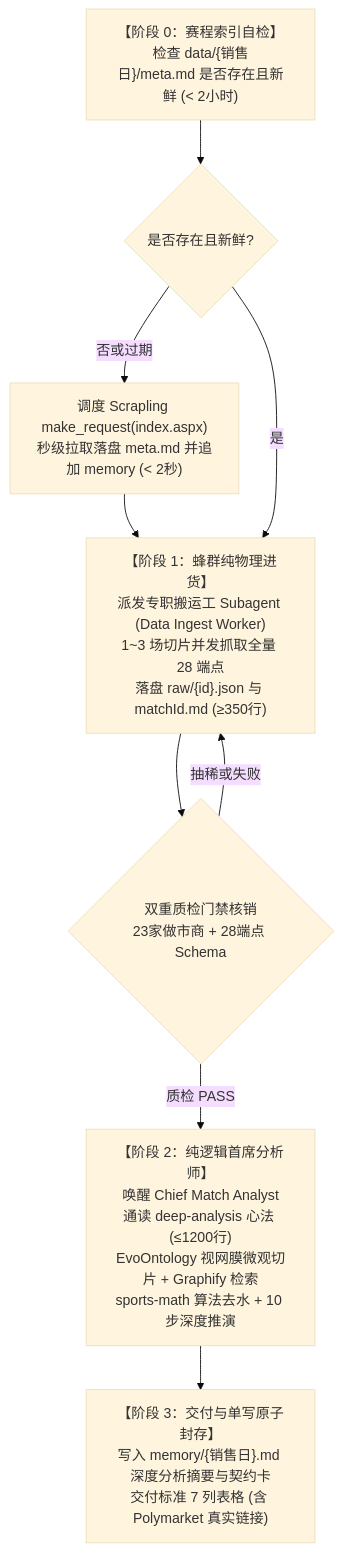
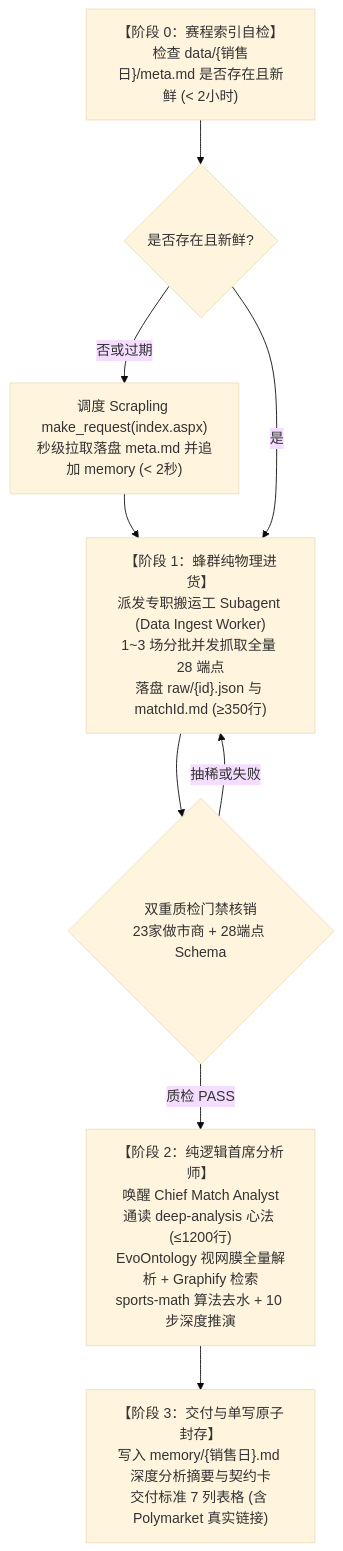
Before and after one commit to i0ivi0i/supodds: the third of 4 diagrams in README.md, drawn with Mermaid (base theme). The commit also changed other lines of this file and 17 other files, not shown here.

````diff
--- a/README.md
+++ b/README.md
@@ -140,18 +140,18 @@
 ```mermaid
 flowchart TD
     Z["【阶段 0：赛程索引自检】<br/>检查 data/{销售日}/meta.md 是否存在且新鲜 (< 2小时)"]
     Z_NO{"是否存在且新鲜?"}
     Z_GET["调度 Scrapling make_request(index.aspx)<br/>秒级拉取落盘 meta.md 并追加 memory (< 2秒)"]
-    P1["【阶段 1：蜂群纯物理进货】<br/>派发专职搬运工 Subagent (Data Ingest Worker)<br/>1~3 场切片并发抓取全量 28 端点<br/>落盘 raw/{id}.json 与 matchId.md (≥350行)"]
+    P1["【阶段 1：蜂群纯物理进货】<br/>派发专职搬运工 Subagent (Data Ingest Worker)<br/>1~3 场分批并发抓取全量 28 端点<br/>落盘 raw/{id}.json 与 matchId.md (≥350行)"]
     P1_GATE{"双重质检门禁核销<br/>23家做市商 + 28端点 Schema"}
-    P2["【阶段 2：纯逻辑首席分析师】<br/>唤醒 Chief Match Analyst<br/>通读 deep-analysis 心法 (≤1200行)<br/>EvoOntology 视网膜微观切片 + Graphify 检索<br/>sports-math 算法去水 + 10 步深度推演"]
+    P2["【阶段 2：纯逻辑首席分析师】<br/>唤醒 Chief Match Analyst<br/>通读 deep-analysis 心法 (≤1200行)<br/>EvoOntology 视网膜全量解析 + Graphify 检索<br/>sports-math 算法去水 + 10 步深度推演"]
     OUT["【阶段 3：交付与单写原子封存】<br/>写入 memory/{销售日}.md 深度分析摘要与契约卡<br/>交付标准 7 列表格 (含 Polymarket 真实链接)"]
 
     Z --> Z_NO
     Z_NO -- 否或过期 --> Z_GET --> P1
     Z_NO -- 是 --> P1
     P1 --> P1_GATE
     P1_GATE -- 质检 PASS --> P2
     P1_GATE -- 抽稀或失败 --> P1
     P2 --> OUT
 ```
````
